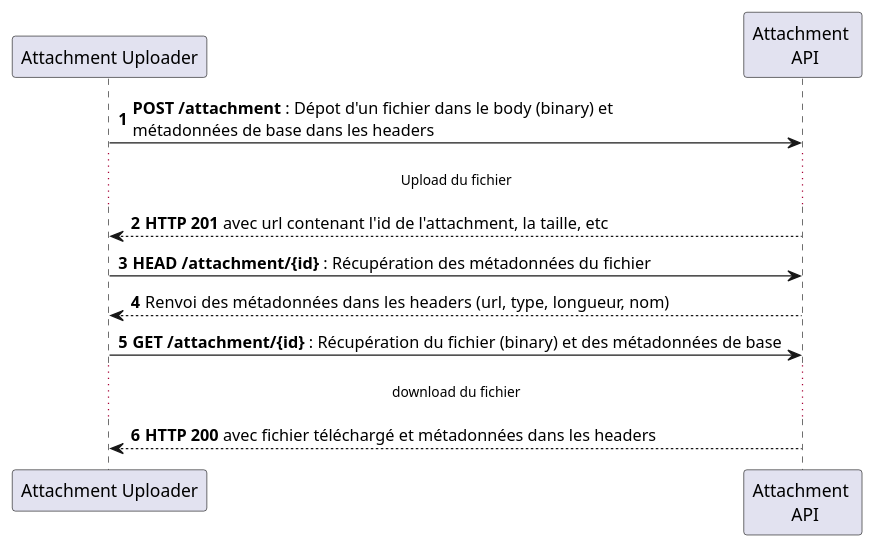
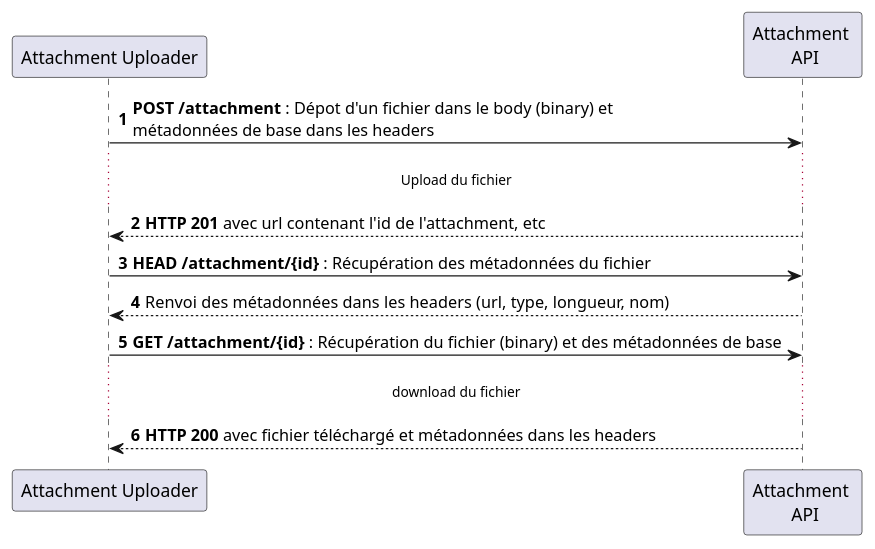
The diagram in sequence.puml (before-interop/attachment), drawn with PlantUML before and after one commit. The commit also changed 2 other files, not shown here.

```diff
--- a/sequence.puml
+++ b/sequence.puml
@@ -1,13 +1,13 @@
 @startuml
 'https://plantuml.com/sequence-diagram
 autonumber
 
 "Attachment Uploader" -> "Attachment \n API" : **POST /attachment** : Dépot d'un fichier dans le body (binary) et \nmétadonnées de base dans les headers
 ... Upload du fichier ...
-"Attachment \n API" --> "Attachment Uploader" : **HTTP 201** avec url contenant l'id de l'attachment, la taille, etc
+"Attachment \n API" --> "Attachment Uploader" : **HTTP 201** avec url contenant l'id de l'attachment, etc
 "Attachment Uploader" -> "Attachment \n API" : **HEAD /attachment/{id}** : Récupération des métadonnées du fichier
 "Attachment \n API" --> "Attachment Uploader" : Renvoi des métadonnées dans les headers (url, type, longueur, nom)
 "Attachment Uploader" -> "Attachment \n API" : **GET /attachment/{id}** : Récupération du fichier (binary) et des métadonnées de base
 ... download du fichier ...
 "Attachment \n API" --> "Attachment Uploader" : **HTTP 200** avec fichier téléchargé et métadonnées dans les headers
 @enduml
```
